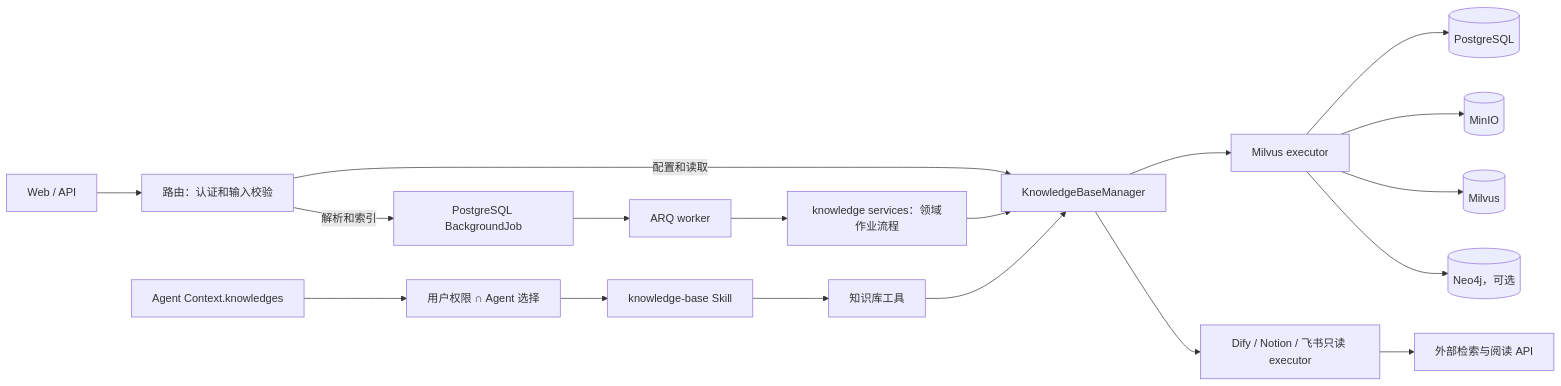
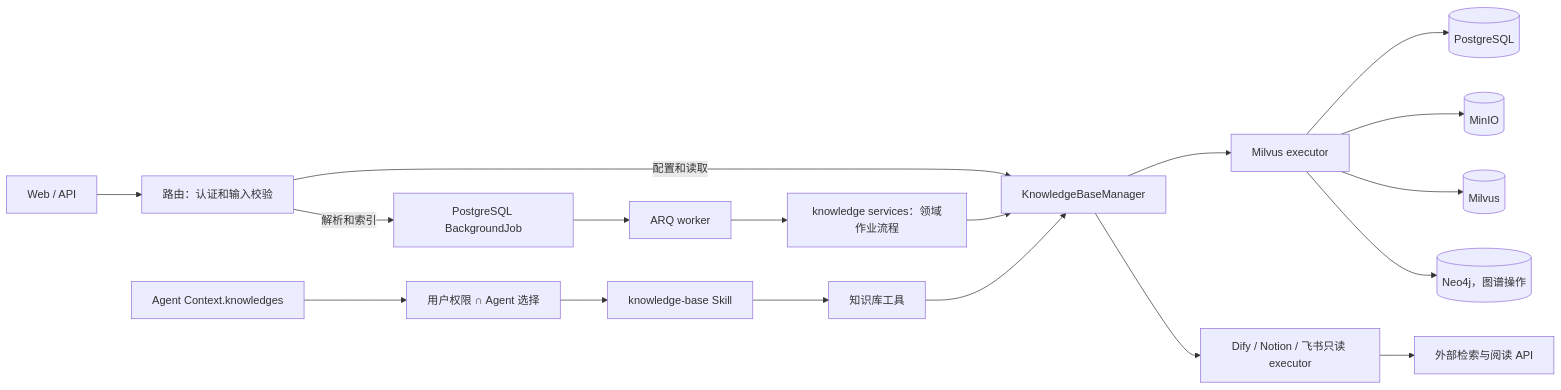
One commit to xerrors/Yuxi-Know changed the first of 2 diagrams in docs/mechanisms/knowledge-base.md. Above: the diagram before and after it, drawn with Mermaid. The commit also changed other lines of this file and 59 other files, not shown here.

````diff
--- a/docs/mechanisms/knowledge-base.md
+++ b/docs/mechanisms/knowledge-base.md
@@ -23,21 +23,21 @@
 ```mermaid
 flowchart LR
     UI["Web / API"] --> Router["路由：认证和输入校验"]
     Router -->|解析和索引| Task["PostgreSQL BackgroundJob"]
     Router -->|配置和读取| Manager
     Task --> Worker["ARQ worker"]
     Worker --> Handler["knowledge services：领域作业流程"]
     Handler --> Manager["KnowledgeBaseManager"]
     Manager --> MilvusKB["Milvus executor"]
     Manager --> Connector["Dify / Notion / 飞书只读 executor"]
     MilvusKB --> PG[("PostgreSQL")]
     MilvusKB --> Object[("MinIO")]
     MilvusKB --> Vector[("Milvus")]
-    MilvusKB --> Graph[("Neo4j，可选")]
+    MilvusKB --> Graph[("Neo4j，图谱操作")]
     Connector --> External["外部检索与阅读 API"]
 
     Context["Agent Context.knowledges"] --> Visible["用户权限 ∩ Agent 选择"]
     Visible --> Skill["knowledge-base Skill"]
     Skill --> Tools["知识库工具"]
     Tools --> Manager
 ```
````
